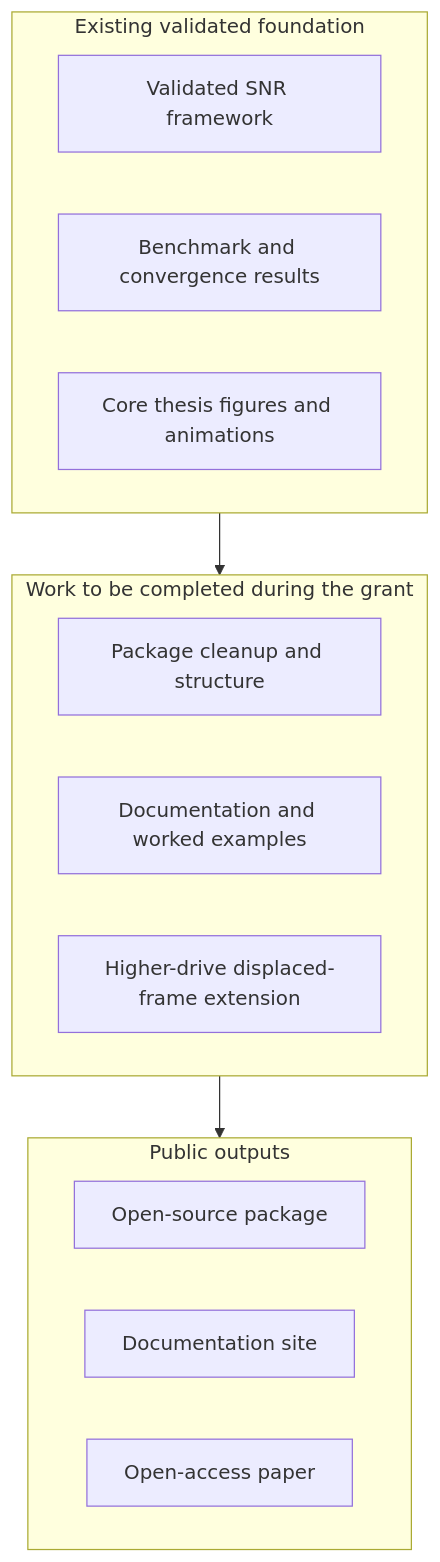
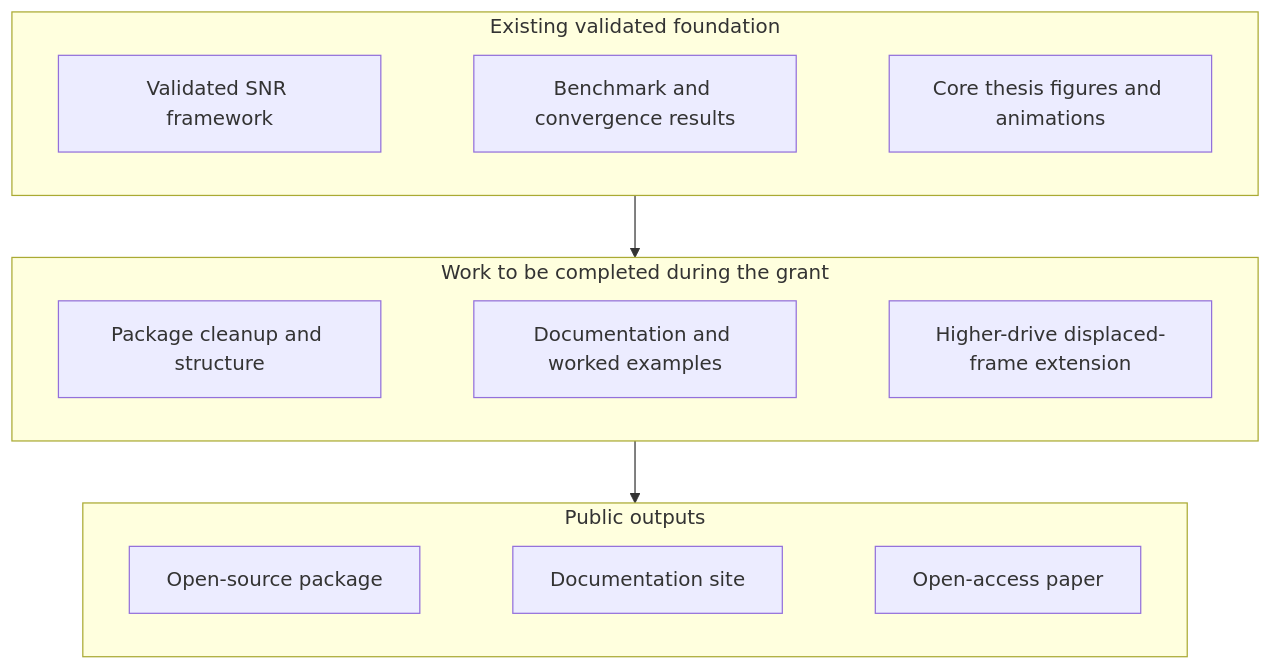
Before and after one commit to ziaahmed812/qubit-readout-repo: the first of 2 diagrams in README.md, drawn with Mermaid.

Commit message:
Force horizontal layout within grant-status stages

````diff
--- a/README.md
+++ b/README.md
@@ -34,25 +34,31 @@
 ```mermaid
 flowchart TB
     subgraph A["Existing validated foundation"]
         direction LR
         A1[Validated SNR framework]
         A2[Benchmark and convergence results]
         A3[Core thesis figures and animations]
+        A1 ~~~ A2
+        A2 ~~~ A3
     end
 
     subgraph B["Work to be completed during the grant"]
         direction LR
         B1[Package cleanup and structure]
         B2[Documentation and worked examples]
         B3[Higher-drive displaced-frame extension]
+        B1 ~~~ B2
+        B2 ~~~ B3
     end
 
     subgraph C["Public outputs"]
         direction LR
         C1[Open-source package]
         C2[Documentation site]
         C3[Open-access paper]
+        C1 ~~~ C2
+        C2 ~~~ C3
     end
 
     A --> B --> C
 ```
````
